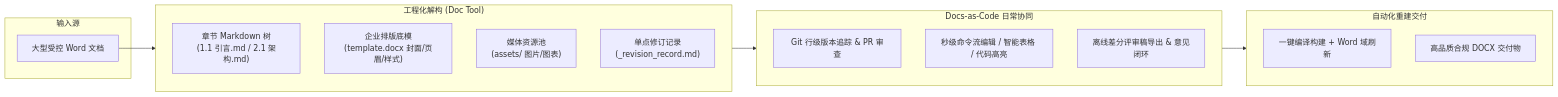
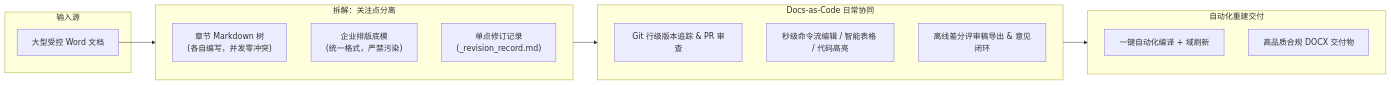
The diagram in README.md (jasonjiew/doc-tool), drawn with Mermaid before and after one commit. The commit also changed other lines of this file, not shown here.

````diff
--- a/README.md
+++ b/README.md
@@ -42,28 +37,27 @@
 ```mermaid
 graph LR
     subgraph Input ["输入源"]
         Word[大型受控 Word 文档]
     end
 
-    subgraph Decompose ["工程化解构 (Doc Tool)"]
-        Tree["章节 Markdown 树\n(1.1 引言.md / 2.1 架构.md)"]
-        Tpl["企业排版底模\n(template.docx 封面/页眉/样式)"]
-        Assets["媒体资源池\n(assets/ 图片/图表)"]
+    subgraph Decompose ["拆解：关注点分离"]
+        Tree["章节 Markdown 树\n(各自编写，并发零冲突)"]
+        Tpl["企业排版底模\n(统一格式，严禁污染)"]
         Rev["单点修订记录\n(_revision_record.md)"]
     end
 
     subgraph Workflow ["Docs-as-Code 日常协同"]
         Git["Git 行级版本追踪 & PR 审查"]
         Edit["秒级命令流编辑 / 智能表格 / 代码高亮"]
         Review["离线差分评审稿导出 & 意见闭环"]
     end
 
     subgraph Output ["自动化重建交付"]
-        Gen["一键编译构建 + Word 域刷新"]
+        Gen["一键自动化编译 + 域刷新"]
         FinalDOCX["高品质合规 DOCX 交付物"]
     end
 
     Word --> Decompose
     Decompose --> Workflow
     Workflow --> Output
 ```
````
